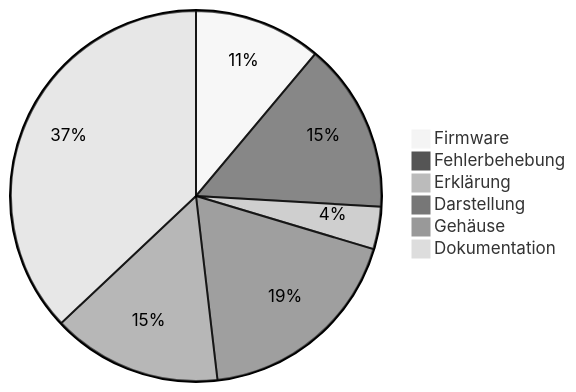
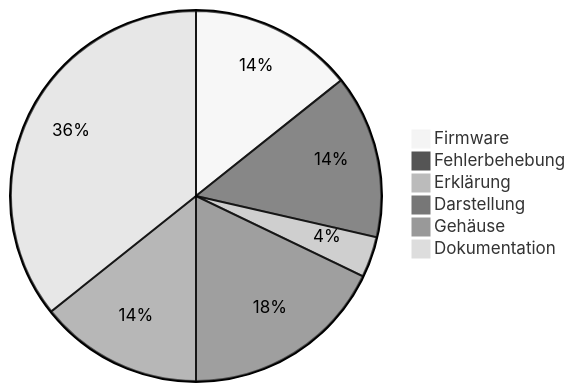
The third of 3 diagrams in wiki/Entwicklungsverlauf.md (BBZ-AIFS51/LF7-Projekt_GAS), drawn with Mermaid (neutral theme) before and after one commit. The commit also changed other lines of this file and 12 other files, not shown here.

````diff
--- a/wiki/Entwicklungsverlauf.md
+++ b/wiki/Entwicklungsverlauf.md
@@ -147,9 +151,9 @@
 ```mermaid
 pie
-    "Firmware" : 3
+    "Firmware" : 4
     "Fehlerbehebung" : 4
     "Erklärung" : 1
     "Darstellung" : 5
     "Gehäuse" : 4
     "Dokumentation" : 10
 ```
````
